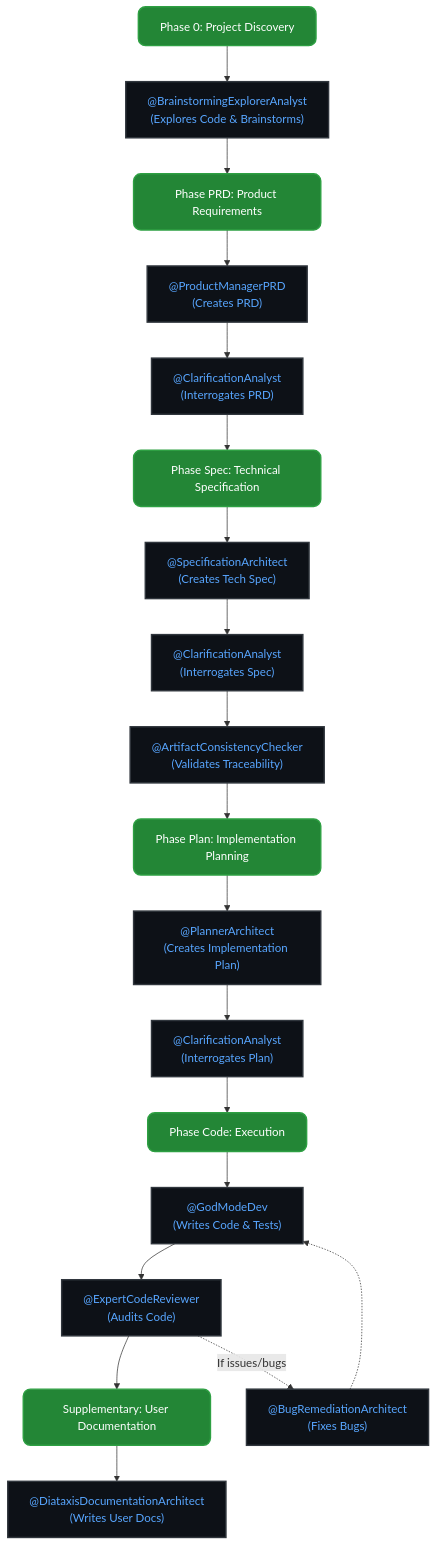
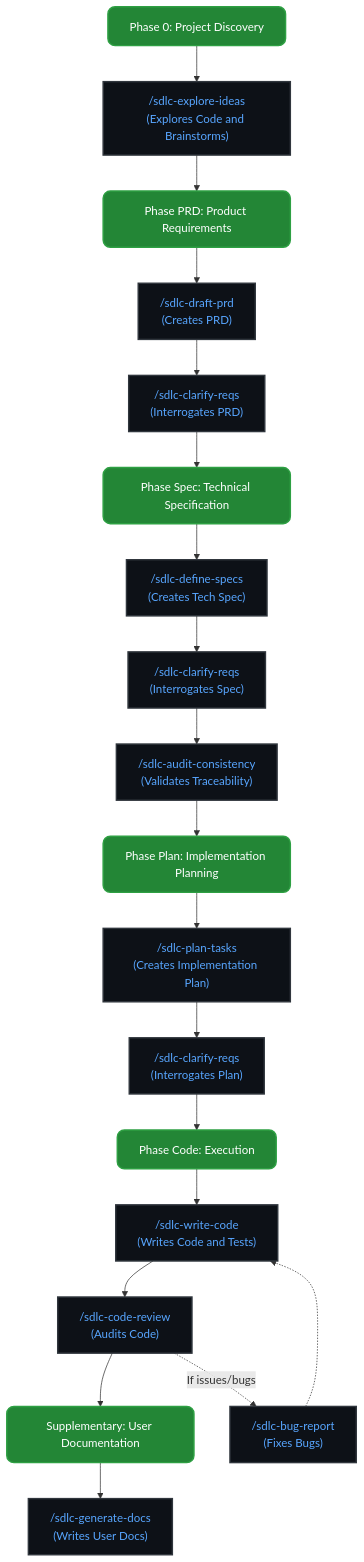
One commit to GulajavaMinistudio/awesome-copilot-id changed the diagram in README.md. Above: the diagram before and after it, drawn with Mermaid. The commit also changed other lines of this file, not shown here.

Commit message:
Enhance README.md: Update AI-assisted development collection description, streamline installation instructions, and introduce slash command syntax for custom agents and skills. Revise multi-platform configuration details and improve clarity on SDLC workflows and usage examples.

````diff
--- a/README.md
+++ b/README.md
@@ -399,56 +397,56 @@
 ```mermaid
 graph TD
     %% Define Styles
     classDef agent fill:#0d1117,color:#58a6ff,stroke:#30363d,stroke-width:2px;
     classDef phase fill:#238636,color:#ffffff,stroke:#2ea043,stroke-width:2px,rx:10px,ry:10px;
 
     %% Nodes
     Phase0[Phase 0: Project Discovery]:::phase
     Phase1[Phase PRD: Product Requirements]:::phase
     Phase2[Phase Spec: Technical Specification]:::phase
     Phase3[Phase Plan: Implementation Planning]:::phase
     Phase4[Phase Code: Execution]:::phase
     Phase5[Supplementary: User Documentation]:::phase
 
-    AgentBEA["@BrainstormingExplorerAnalyst<br/>(Explores Code & Brainstorms)"]:::agent
-    AgentPM["@ProductManagerPRD<br/>(Creates PRD)"]:::agent
-    AgentCA1["@ClarificationAnalyst<br/>(Interrogates PRD)"]:::agent
+    AgentBEA["/sdlc-explore-ideas<br/>(Explores Code and Brainstorms)"]:::agent
+    AgentPM["/sdlc-draft-prd<br/>(Creates PRD)"]:::agent
+    AgentCA1["/sdlc-clarify-reqs<br/>(Interrogates PRD)"]:::agent
 
-    AgentSA["@SpecificationArchitect<br/>(Creates Tech Spec)"]:::agent
-    AgentCA2["@ClarificationAnalyst<br/>(Interrogates Spec)"]:::agent
-    AgentACC["@ArtifactConsistencyChecker<br/>(Validates Traceability)"]:::agent
+    AgentSA["/sdlc-define-specs<br/>(Creates Tech Spec)"]:::agent
+    AgentCA2["/sdlc-clarify-reqs<br/>(Interrogates Spec)"]:::agent
+    AgentACC["/sdlc-audit-consistency<br/>(Validates Traceability)"]:::agent
 
-    AgentPA["@PlannerArchitect<br/>(Creates Implementation Plan)"]:::agent
-    AgentCA3["@ClarificationAnalyst<br/>(Interrogates Plan)"]:::agent
+    AgentPA["/sdlc-plan-tasks<br/>(Creates Implementation Plan)"]:::agent
+    AgentCA3["/sdlc-clarify-reqs<br/>(Interrogates Plan)"]:::agent
 
-    AgentGMD["@GodModeDev<br/>(Writes Code & Tests)"]:::agent
-    AgentECR["@ExpertCodeReviewer<br/>(Audits Code)"]:::agent
-    AgentBRA["@BugRemediationArchitect<br/>(Fixes Bugs)"]:::agent
+    AgentGMD["/sdlc-write-code<br/>(Writes Code and Tests)"]:::agent
+    AgentECR["/sdlc-code-review<br/>(Audits Code)"]:::agent
+    AgentBRA["/sdlc-bug-report<br/>(Fixes Bugs)"]:::agent
 
-    AgentDDA["@DiataxisDocumentationArchitect<br/>(Writes User Docs)"]:::agent
+    AgentDDA["/sdlc-generate-docs<br/>(Writes User Docs)"]:::agent
 
     %% Flow
     Phase0 --> AgentBEA
     AgentBEA --> Phase1
 
     Phase1 --> AgentPM
     AgentPM --> AgentCA1
     AgentCA1 --> Phase2
 
     Phase2 --> AgentSA
     AgentSA --> AgentCA2
     AgentCA2 --> AgentACC
     AgentACC --> Phase3
 
     Phase3 --> AgentPA
     AgentPA --> AgentCA3
     AgentCA3 --> Phase4
 
     Phase4 --> AgentGMD
     AgentGMD --> AgentECR
-    AgentECR -.->|If issues/bugs| AgentBRA
+    AgentECR -.-> |If issues/bugs| AgentBRA
     AgentBRA -.-> AgentGMD
     AgentECR --> Phase5
 
     Phase5 --> AgentDDA
 ```
````
